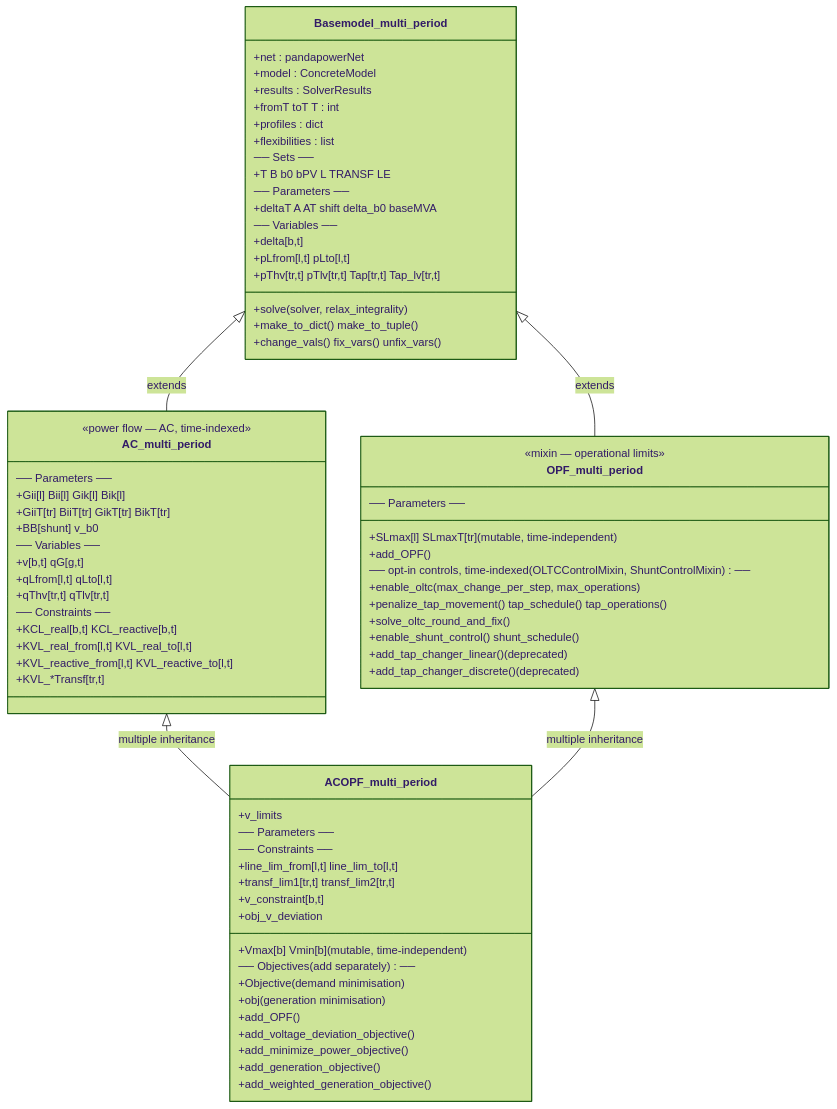
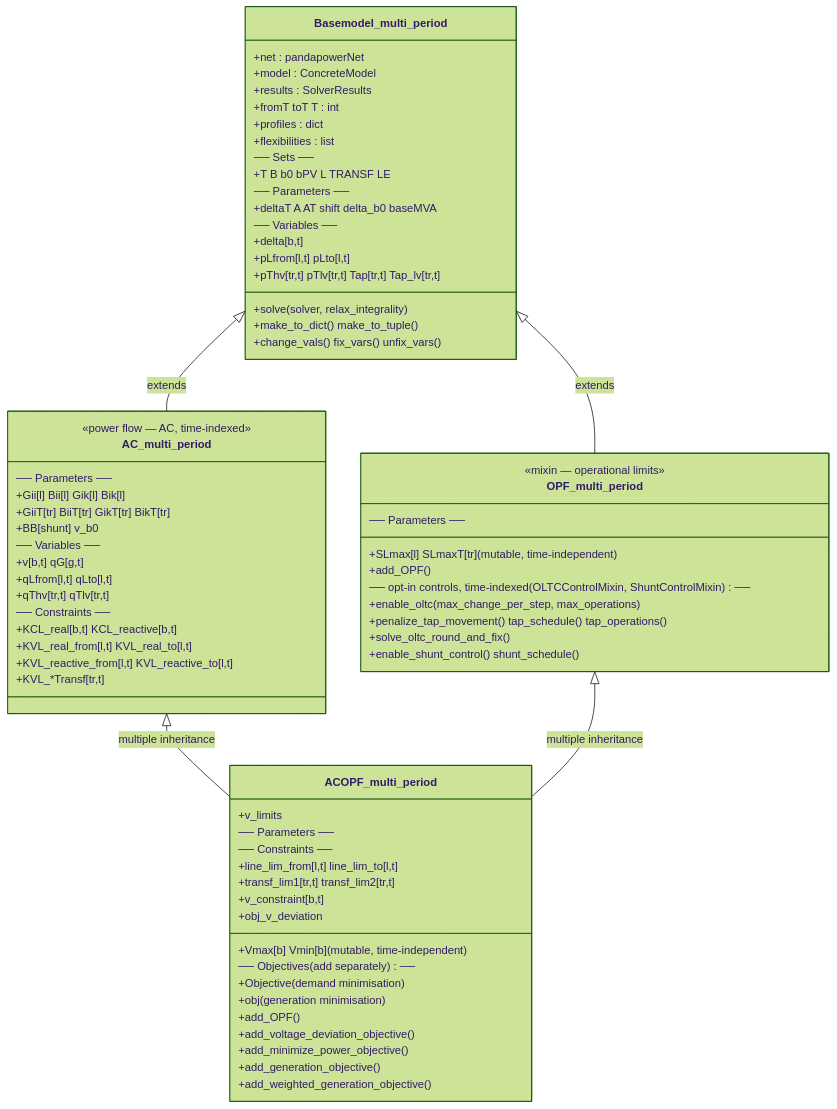
The second of 3 diagrams in docs/architecture.md (RWTH-IAEW/opf-potpourri), drawn with Mermaid (forest theme) before and after one commit. The commit also changed other lines of this file and 15 other files, not shown here.

First line of the commit message:
refactor(oltc): remove the deprecated add_tap_changer_* methods

````diff
--- a/docs/architecture.md
+++ b/docs/architecture.md
@@ -199,79 +197,77 @@
 ```mermaid
 classDiagram
     direction TB
 
     class Basemodel_multi_period {
         +net : pandapowerNet
         +model : ConcreteModel
         +results : SolverResults
         +fromT  toT  T : int
         +profiles : dict
         +flexibilities : list
         ── Sets ──
         +T  B  b0  bPV  L  TRANSF  LE
         ── Parameters ──
         +deltaT  A  AT  shift  delta_b0  baseMVA
         ── Variables ──
         +delta[b,t]
         +pLfrom[l,t]  pLto[l,t]
         +pThv[tr,t]   pTlv[tr,t]  Tap[tr,t]  Tap_lv[tr,t]
         +solve(solver, relax_integrality)
         +make_to_dict()  make_to_tuple()
         +change_vals()  fix_vars()  unfix_vars()
     }
 
     class AC_multi_period {
         <<power flow — AC, time-indexed>>
         ── Parameters ──
         +Gii[l]  Bii[l]  Gik[l]  Bik[l]
         +GiiT[tr]  BiiT[tr]  GikT[tr]  BikT[tr]
         +BB[shunt]  v_b0
         ── Variables ──
         +v[b,t]  qG[g,t]
         +qLfrom[l,t]  qLto[l,t]
         +qThv[tr,t]   qTlv[tr,t]
         ── Constraints ──
         +KCL_real[b,t]  KCL_reactive[b,t]
         +KVL_real_from[l,t]  KVL_real_to[l,t]
         +KVL_reactive_from[l,t]  KVL_reactive_to[l,t]
         +KVL_*Transf[tr,t]
     }
 
     class OPF_multi_period {
         <<mixin — operational limits>>
         ── Parameters ──
         +SLmax[l]  SLmaxT[tr]  (mutable, time-independent)
         +add_OPF()
         ── opt-in controls, time-indexed (OLTCControlMixin, ShuntControlMixin) ──
         +enable_oltc(max_change_per_step, max_operations)
         +penalize_tap_movement()  tap_schedule()  tap_operations()
         +solve_oltc_round_and_fix()
         +enable_shunt_control()  shunt_schedule()
-        +add_tap_changer_linear()  (deprecated)
-        +add_tap_changer_discrete()  (deprecated)
     }
 
     class ACOPF_multi_period {
         +v_limits
         ── Parameters ──
         +Vmax[b]  Vmin[b]  (mutable, time-independent)
         ── Constraints ──
         +line_lim_from[l,t]  line_lim_to[l,t]
         +transf_lim1[tr,t]   transf_lim2[tr,t]
         +v_constraint[b,t]
         ── Objectives (add separately) ──
         +obj_v_deviation
         +Objective (demand minimisation)
         +obj  (generation minimisation)
         +add_OPF()
         +add_voltage_deviation_objective()
         +add_minimize_power_objective()
         +add_generation_objective()
         +add_weighted_generation_objective()
     }
 
     Basemodel_multi_period <|-- AC_multi_period  : extends
     Basemodel_multi_period <|-- OPF_multi_period : extends
     AC_multi_period  <|-- ACOPF_multi_period : multiple inheritance
     OPF_multi_period <|-- ACOPF_multi_period : multiple inheritance
 ```
````
